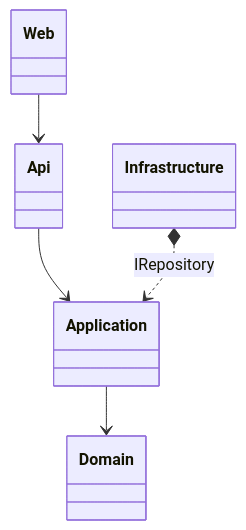
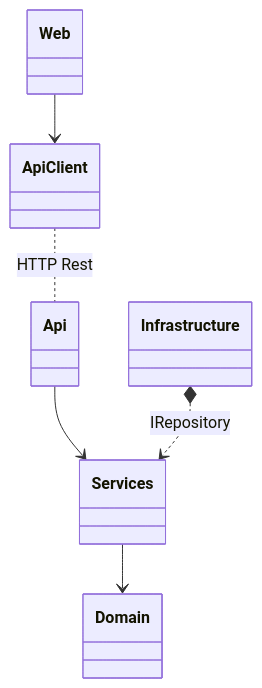
Before and after one commit to thommythompson/han-oose: the first of 4 diagrams in docs/to/index.md, drawn with Mermaid. The commit also changed other lines of this file and 1 other file, not shown here.

````diff
--- a/docs/to/index.md
+++ b/docs/to/index.md
@@ -115,7 +113,10 @@
 ```mermaid
+
 classDiagram
-Api --> Application
-Web --> Api
-Application --> Domain
-Infrastructure *..> Application : IRepository
+Web --> ApiClient
+ApiClient .. Api : HTTP Rest
+Api --> Services
+Services --> Domain
+Infrastructure *..> Services : IRepository
+
 ```
````
